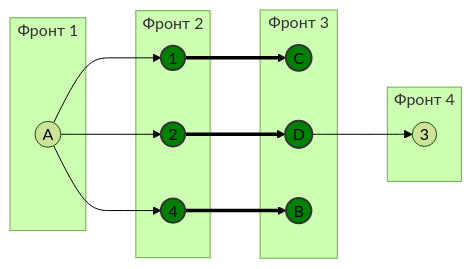
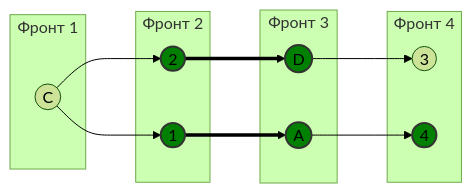
Diagram 11 of 12 in Задание 8/algosiki.md (algos-ris-24-4/manual-tasks), drawn with Mermaid (forest theme) before and after one commit. The commit also changed other lines of this file, not shown here.

````diff
--- a/Задание 8/algosiki.md
+++ b/Задание 8/algosiki.md
@@ -742,30 +562,26 @@
 ```mermaid
 graph LR
     subgraph "Фронт 1"
-        A((A))
+        C((C))
     end
     subgraph "Фронт 2"
         1((1))
         2((2))
-        4((4))
     end
     subgraph "Фронт 3"
-        C((C))  
-        D((D))  
-        B((B))
+        A((A))
+        D((D))
     end
-        subgraph "Фронт 4" 
+        subgraph "Фронт 4"
+        4((4))
         3((3))
     end
-    A --> 1 ==> C
-    A --> 2 ==> D --> 3
-    A --> 4 ==> B
+    C --> 1 ==> A --> 4
+    C --> 2 ==> D --> 3
 
-    style B fill:#008000,stroke:#333,stroke-width:2px
+    style A fill:#008000,stroke:#333,stroke-width:2px
     style D fill:#008000,stroke:#333,stroke-width:2px
-    style C fill:#008000,stroke:#333,stroke-width:2px
     style 1 fill:#008000,stroke:#333,stroke-width:2px
     style 2 fill:#008000,stroke:#333,stroke-width:2px
     style 4 fill:#008000,stroke:#333,stroke-width:2px
-
 ```
````
